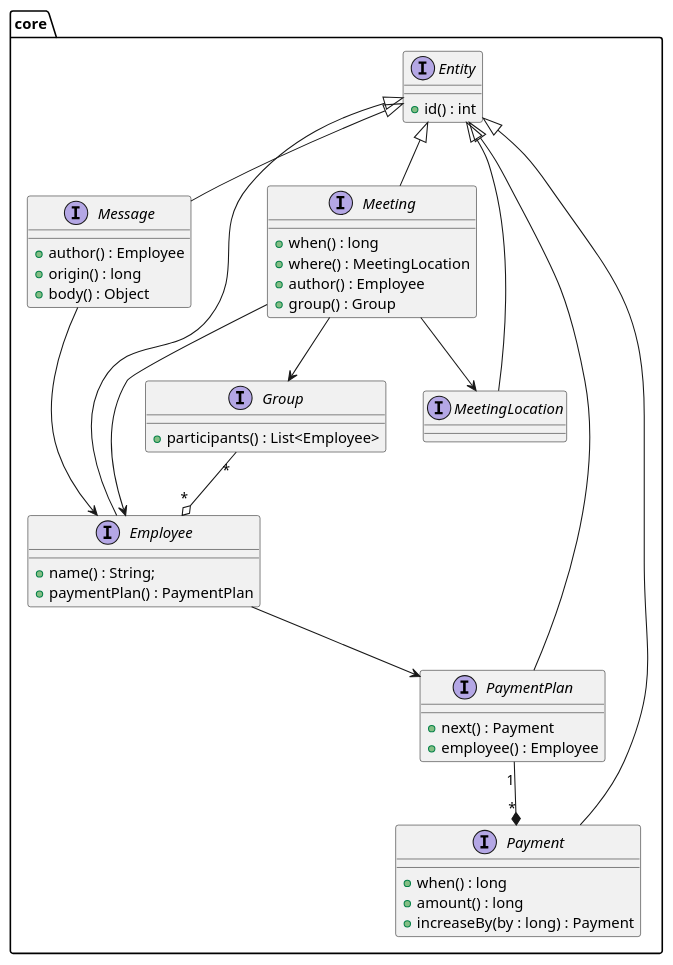
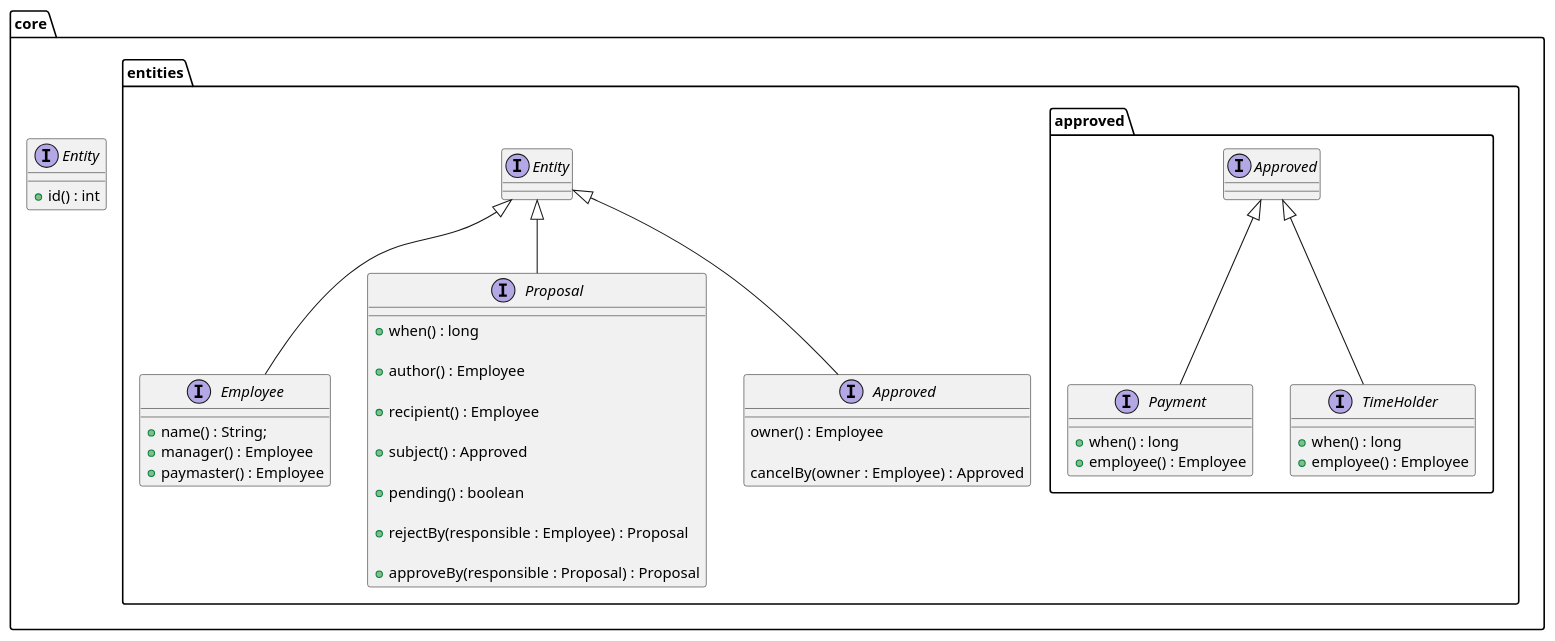
Before and after one commit to JohnKhandygo/employee-managment: the diagram in diagrams/classes/domain.puml, drawn with PlantUML. The commit also changed 21 other files, not shown here.

Commit message:
#9 update classes diagrams.

```diff
--- a/diagrams/classes/domain.puml
+++ b/diagrams/classes/domain.puml
@@ -1,53 +1,53 @@
 @startuml
 
 package "core" {
 
-interface Entity {
-  + id() : int
-}
+  interface Entity {
+    + id() : int
+  }
 
-interface Group {
-  + participants() : List<Employee>
-}
+  package "entities" {
 
-interface Employee extends Entity {
-  + name() : String;
-  + paymentPlan() : PaymentPlan
-}
+  interface Employee extends Entity {
+    + name() : String;
+    + manager() : Employee
+    + paymaster() : Employee
+  }
 
-interface Meeting extends Entity {
-  + when() : long
-  + where() : MeetingLocation
-  + author() : Employee
-  + group() : Group
-}
+  interface Proposal extends Entity {
+    + when() : long
 
-interface MeetingLocation extends Entity
+    + author() : Employee
 
-interface Message extends Entity {
-  + author() : Employee
-  + origin() : long
-  + body() : Object
-}
+    + recipient() : Employee
 
-interface Payment extends Entity {
-  + when() : long
-  + amount() : long
-  + increaseBy(by : long) : Payment
-}
+    + subject() : Approved
 
-interface PaymentPlan extends Entity {
-  + next() : Payment
-  + employee() : Employee
-}
+    + pending() : boolean
 
-Employee --> PaymentPlan
-Meeting --> Employee
-Meeting --> Group
-Meeting --> MeetingLocation
-Group "*" --o "*" Employee
-PaymentPlan "1" --* "*" Payment
-Message --> Employee
+    + rejectBy(responsible : Employee) : Proposal
+
+    + approveBy(responsible : Proposal) : Proposal
+  }
+
+  interface Approved extends Entity {
+    owner() : Employee
+
+    cancelBy(owner : Employee) : Approved
+  }
+
+  package "approved" {
+
+    interface Payment extends Approved {
+      + when() : long
+      + employee() : Employee
+    }
+
+    interface TimeHolder extends Approved{
+      + when() : long
+      + employee() : Employee
+    }
+  }
 }
 
 @enduml
```
